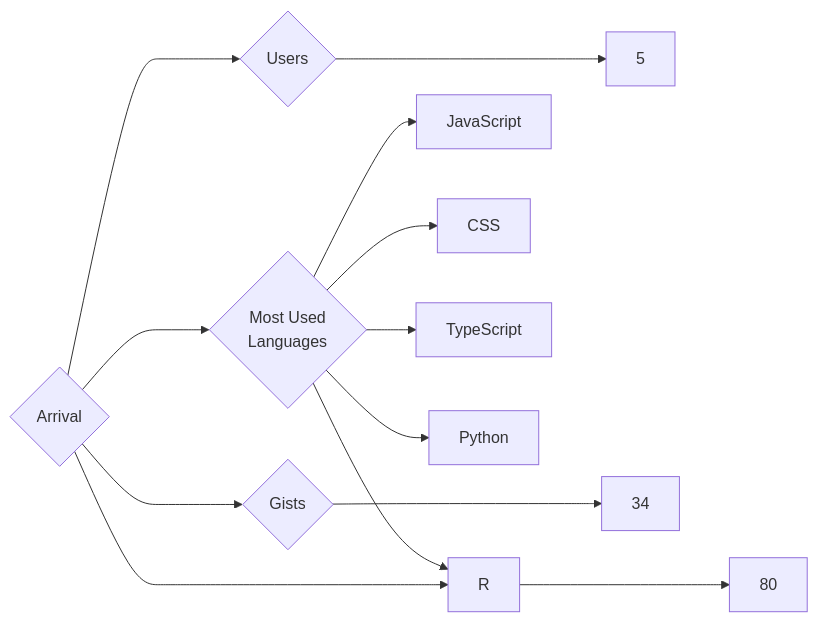
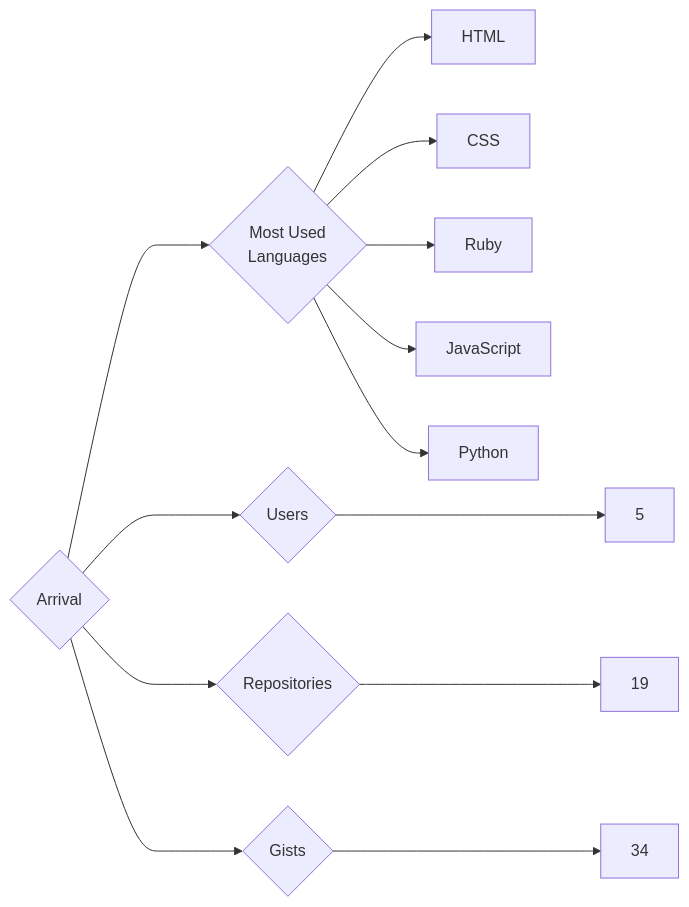
One commit to trickest/insiders changed the diagram in targets/Arrival/README.md. Above: the diagram before and after it, drawn with Mermaid. The commit also changed 985 other files, not shown here.

````diff
--- a/targets/Arrival/README.md
+++ b/targets/Arrival/README.md
@@ -3,13 +3,13 @@
 ```mermaid
 graph LR
 COMPANY_NAME{Arrival}
 COMPANY_NAME ---> U{Users} ---> UN[5]
-COMPANY_NAME ---> R{Repositories} ---> RN[80]
+COMPANY_NAME ---> R{Repositories} ---> RN[19]
 COMPANY_NAME ---> G{Gists} ---> GN[34]
 COMPANY_NAME ---> ML{Most Used<br>Languages}
+ML --> HTML[HTML]
+ML --> CSS[CSS]
+ML --> Ruby[Ruby]
 ML --> JavaScript[JavaScript]
-ML --> R[R]
-ML --> CSS[CSS]
-ML --> TypeScript[TypeScript]
 ML --> Python[Python]
 ```
````
